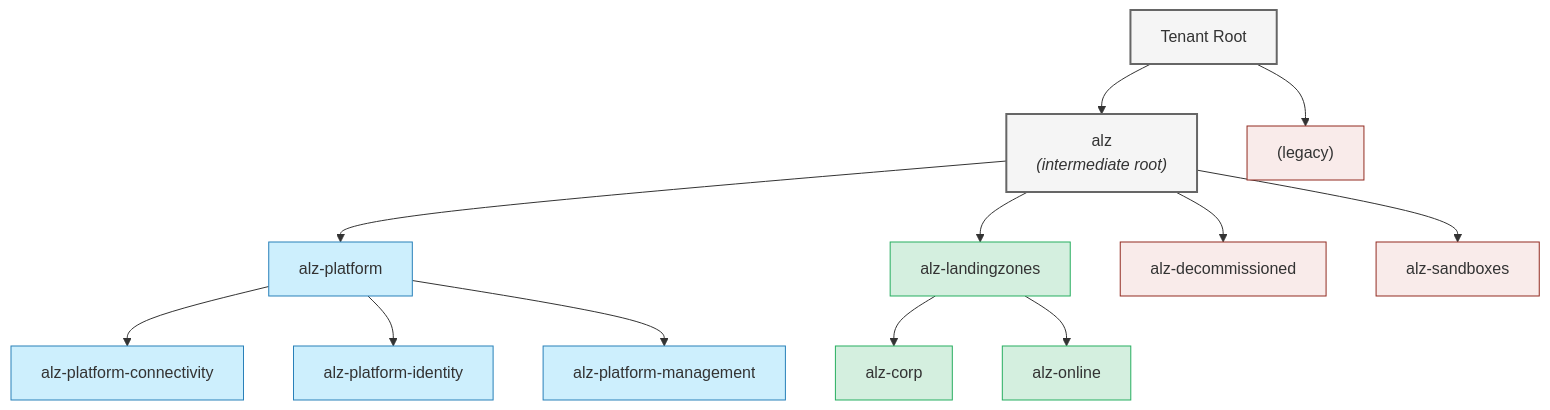
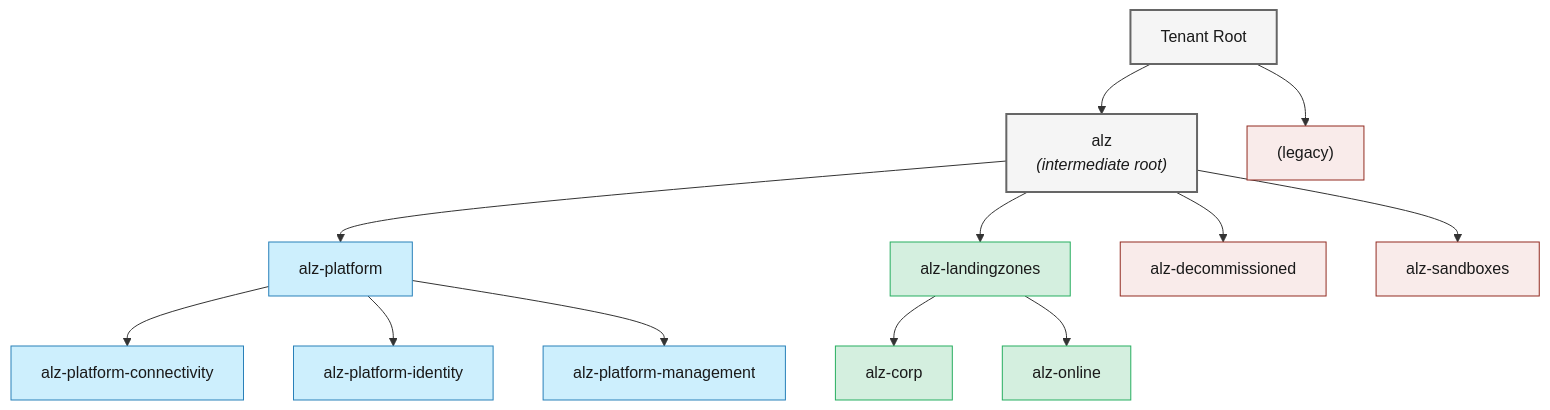
Before and after one commit to erjosito/alz-repo-best-practices: the diagram in docs/12-naming-and-tagging.md, drawn with Mermaid. The commit also changed other lines of this file and 12 other files, not shown here.

First line of the commit message:
Add glossary boxes, fix diagram readability, replace broken Diátaxis chart

````diff
--- a/docs/12-naming-and-tagging.md
+++ b/docs/12-naming-and-tagging.md
@@ -202,39 +212,39 @@
 ```mermaid
 flowchart TB
     Root["Tenant Root"]
     ALZ["alz<br/><i>(intermediate root)</i>"]
     Plat["alz-platform"]
     LZ["alz-landingzones"]
     Decom["alz-decommissioned"]
     Sand["alz-sandboxes"]
     Legacy["(legacy)"]
 
     PConn["alz-platform-connectivity"]
     PIdent["alz-platform-identity"]
     PMgmt["alz-platform-management"]
 
     LZCorp["alz-corp"]
     LZOnline["alz-online"]
 
     Root --> ALZ
     Root --> Legacy
     ALZ --> Plat
     ALZ --> LZ
     ALZ --> Decom
     ALZ --> Sand
     Plat --> PConn
     Plat --> PIdent
     Plat --> PMgmt
     LZ --> LZCorp
     LZ --> LZOnline
 
-    classDef root  fill:#f5f5f5,stroke:#666,stroke-width:2px
-    classDef inter fill:#e8f4fd,stroke:#2980b9
-    classDef plat  fill:#cdeffd,stroke:#2980b9
-    classDef lz    fill:#d4efdf,stroke:#27ae60
-    classDef misc  fill:#f9ebea,stroke:#922b21
+    classDef root  fill:#f5f5f5,stroke:#666,stroke-width:2px,color:#1a1a1a
+    classDef inter fill:#e8f4fd,stroke:#2980b9,color:#1a1a1a
+    classDef plat  fill:#cdeffd,stroke:#2980b9,color:#1a1a1a
+    classDef lz    fill:#d4efdf,stroke:#27ae60,color:#1a1a1a
+    classDef misc  fill:#f9ebea,stroke:#922b21,color:#1a1a1a
     class Root,ALZ root
     class Plat,PConn,PIdent,PMgmt plat
     class LZ,LZCorp,LZOnline lz
     class Decom,Sand,Legacy misc
 ```
````
